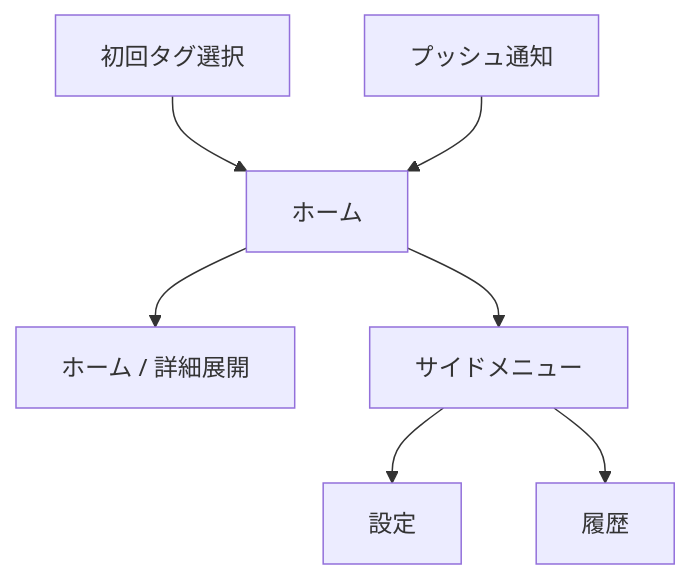
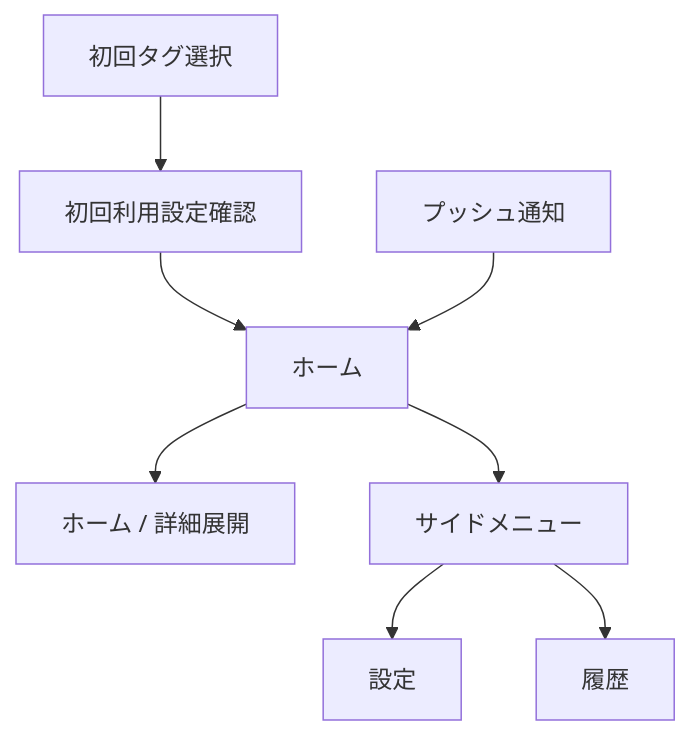
Before and after one commit to tokyo-plus/tokyo-plus-spec: the second of 2 diagrams in basic_design.md, drawn with Mermaid. The commit also changed other lines of this file and 1 other file, not shown here.

````diff
--- a/basic_design.md
+++ b/basic_design.md
@@ -868,16 +868,17 @@
 ```mermaid
 flowchart TD
   Onboarding[初回タグ選択]
+  InitialConfirmation[初回利用設定確認]
   Home[ホーム]
   HomeExpanded[ホーム / 詳細展開]
   Menu[サイドメニュー]
   Settings[設定]
   History[履歴]
-  Onboarding --> Home
+  Onboarding --> InitialConfirmation --> Home
   Home --> HomeExpanded
   Home --> Menu
   Menu --> Settings
   Menu --> History
   Notification[プッシュ通知]
   Notification --> Home
 ```
````
